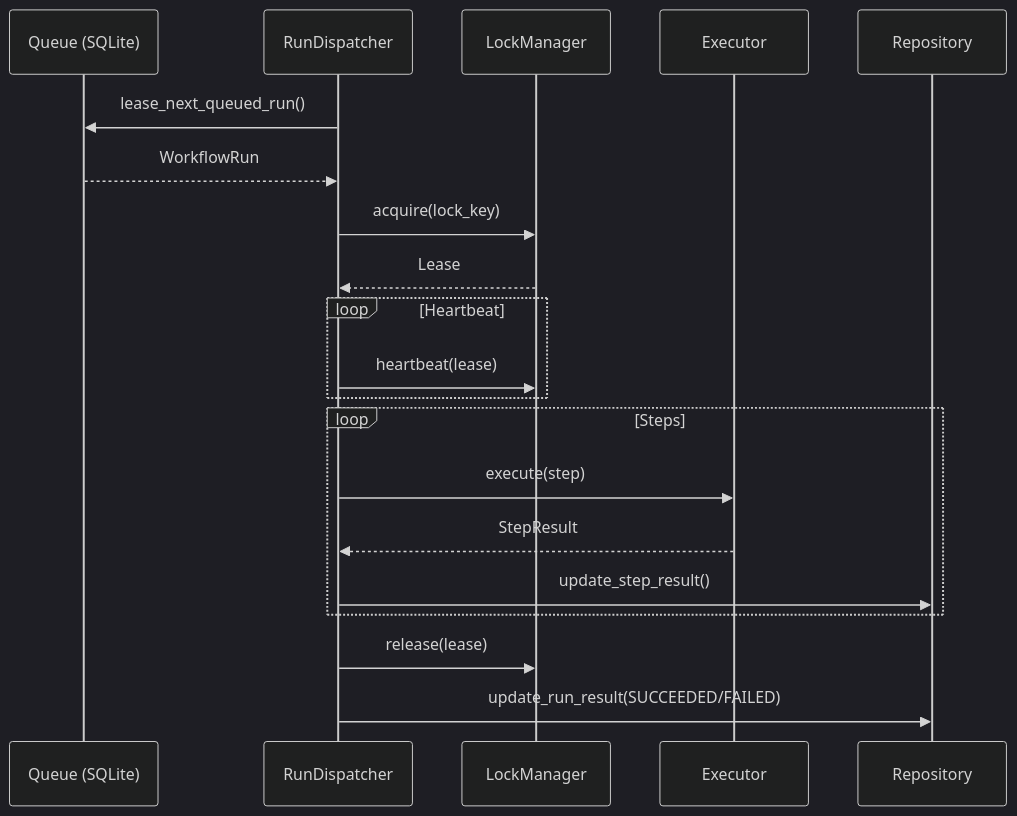
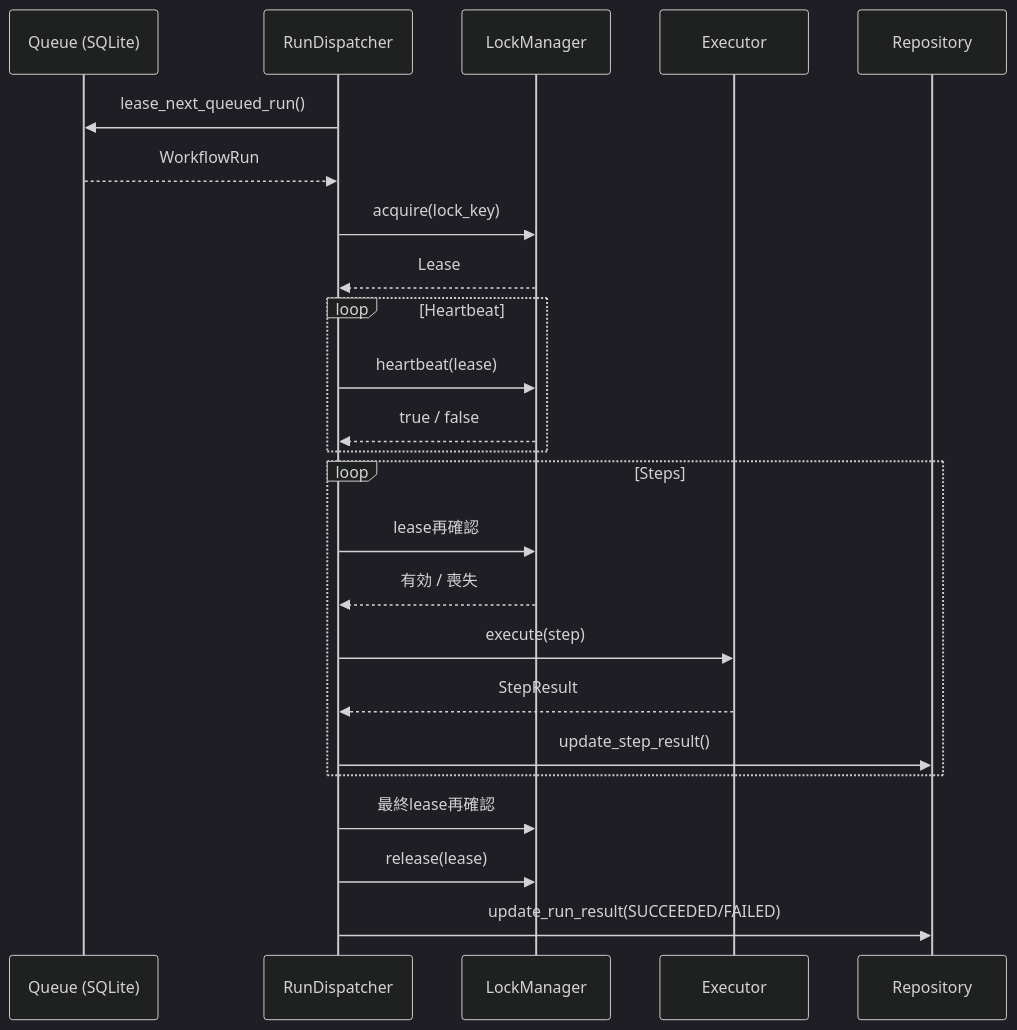
One commit to endo-ly/ego-graph changed the fourth of 8 diagrams in docs/architecture/pipelines.md. Above: the diagram before and after it, drawn with Mermaid (dark theme). The commit also changed other lines of this file and 6 other files, not shown here.

````diff
--- a/docs/architecture/pipelines.md
+++ b/docs/architecture/pipelines.md
@@ -151,23 +151,27 @@
 ```mermaid
 sequenceDiagram
     participant Q as Queue (SQLite)
     participant D as RunDispatcher
     participant L as LockManager
     participant X as Executor
     participant R as Repository
 
     D->>Q: lease_next_queued_run()
     Q-->>D: WorkflowRun
     D->>L: acquire(lock_key)
     L-->>D: Lease
     loop Heartbeat
         D->>L: heartbeat(lease)
+        L-->>D: true / false
     end
     loop Steps
+        D->>L: lease再確認
+        L-->>D: 有効 / 喪失
         D->>X: execute(step)
         X-->>D: StepResult
         D->>R: update_step_result()
     end
+    D->>L: 最終lease再確認
     D->>L: release(lease)
     D->>R: update_run_result(SUCCEEDED/FAILED)
 ```
````
